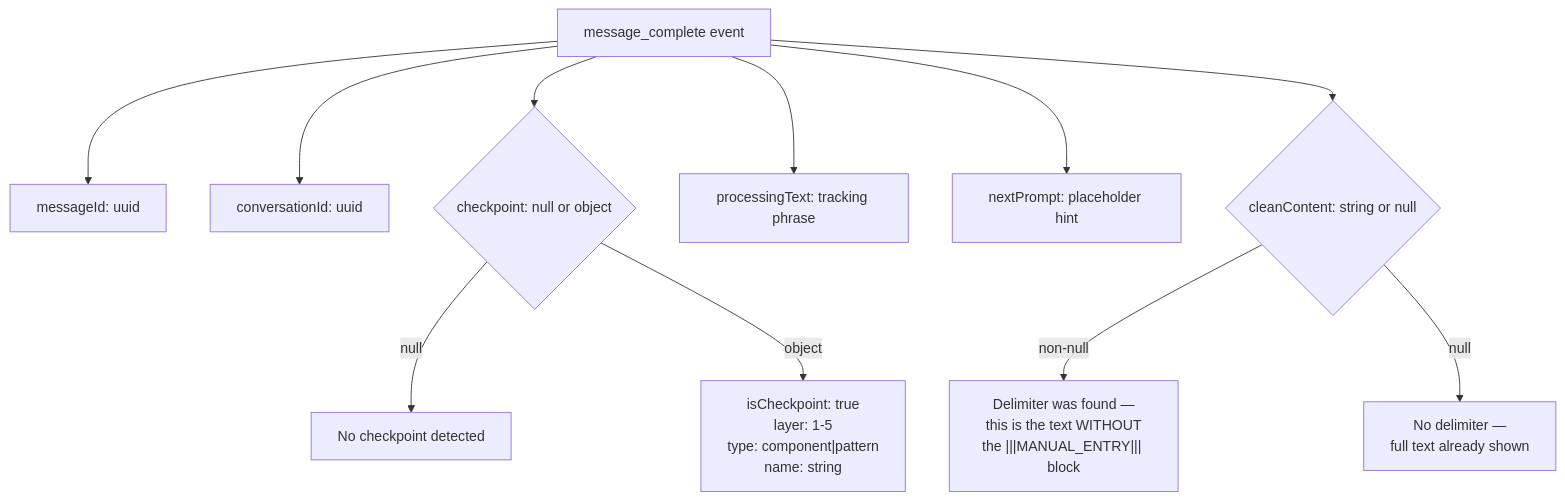
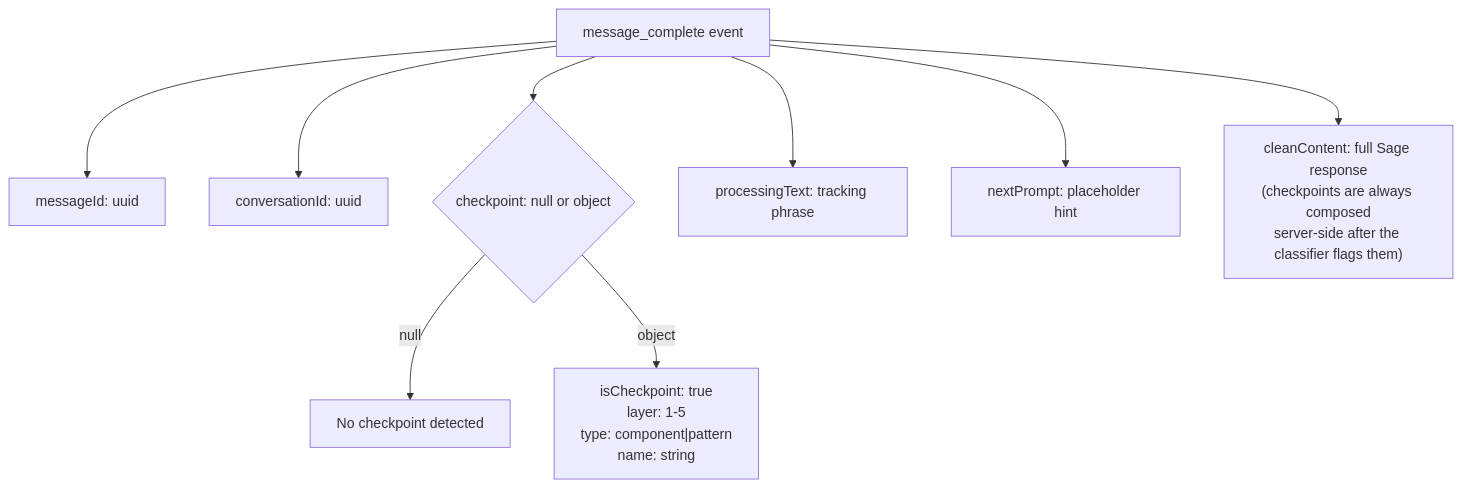
Before and after one commit to h2onation/mantle: the second of 3 diagrams in .claude/diagrams/sse-protocol.md, drawn with Mermaid. The commit also changed 6 other files, not shown here.

````diff
--- a/.claude/diagrams/sse-protocol.md
+++ b/.claude/diagrams/sse-protocol.md
@@ -25,13 +25,11 @@
 ```mermaid
 flowchart TD
     MC["message_complete event"] --> MID["messageId: uuid"]
     MC --> CID["conversationId: uuid"]
     MC --> CP{"checkpoint: null or object"}
     CP -- "null" --> NONE["No checkpoint detected"]
     CP -- "object" --> CPDATA["isCheckpoint: true<br/>layer: 1-5<br/>type: component|pattern<br/>name: string"]
     MC --> PT["processingText: tracking phrase"]
     MC --> NP["nextPrompt: placeholder hint"]
-    MC --> CC{"cleanContent: string or null"}
-    CC -- "non-null" --> DELIM["Delimiter was found —<br/>this is the text WITHOUT<br/>the |||MANUAL_ENTRY||| block"]
-    CC -- "null" --> FULL["No delimiter —<br/>full text already shown"]
+    MC --> CC["cleanContent: full Sage response<br/>(checkpoints are always composed<br/>server-side after the classifier flags them)"]
 ```
````
